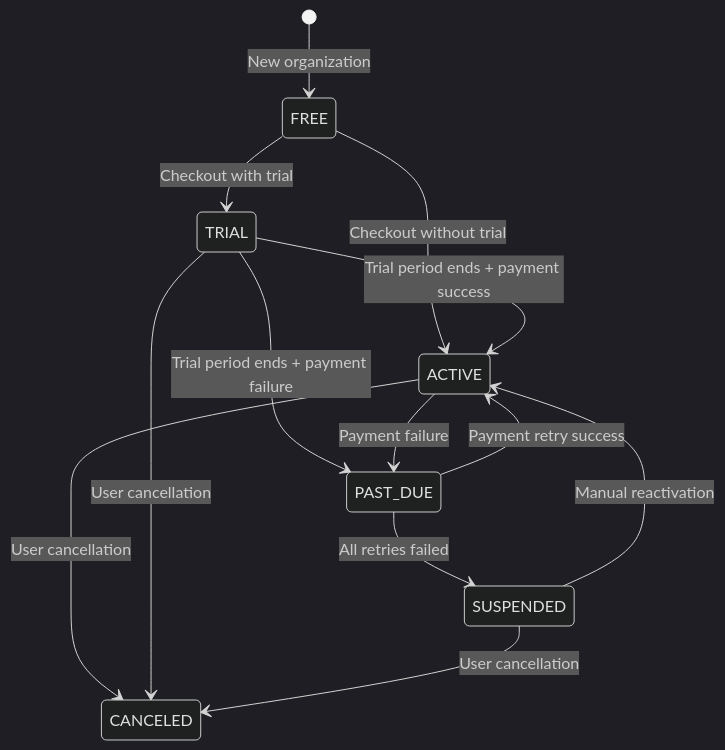
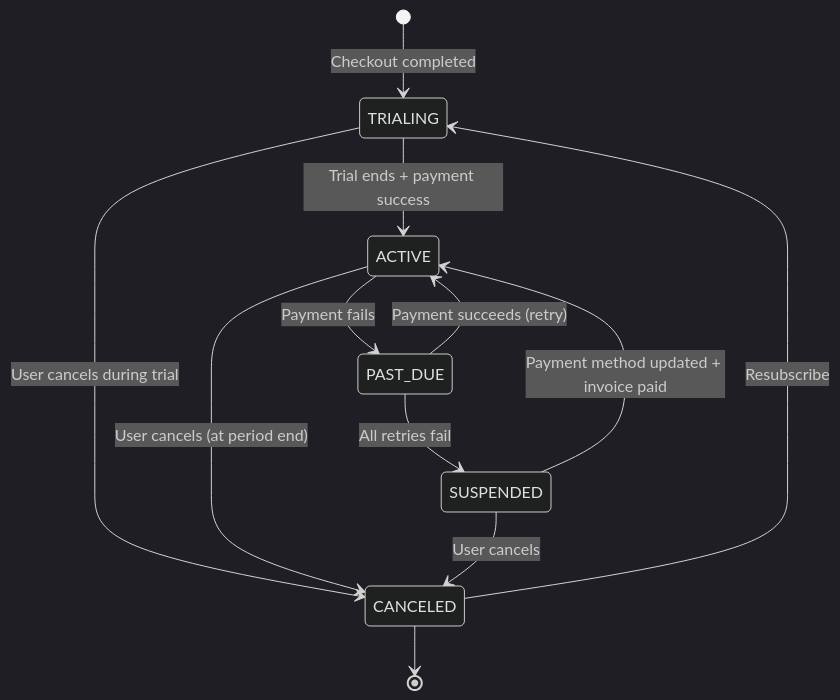
The second of 2 diagrams in backend/subscription/subscription-module-specification-active.mdx (tech-propwise-org/docs), drawn with Mermaid (dark theme) before and after one commit. The commit also changed other lines of this file and 61 other files, not shown here.

````diff
--- a/backend/subscription/subscription-module-specification-active.mdx
+++ b/backend/subscription/subscription-module-specification-active.mdx
@@ -586,15 +1179,18 @@
 ```mermaid
 stateDiagram-v2
-    [*] --> FREE: New organization
-    FREE --> TRIAL: Checkout with trial
-    FREE --> ACTIVE: Checkout without trial
-    TRIAL --> ACTIVE: Trial period ends + payment success
-    TRIAL --> PAST_DUE: Trial period ends + payment failure
-    ACTIVE --> PAST_DUE: Payment failure
-    PAST_DUE --> ACTIVE: Payment retry success
-    PAST_DUE --> SUSPENDED: All retries failed
-    SUSPENDED --> ACTIVE: Manual reactivation
-    ACTIVE --> CANCELED: User cancellation
-    TRIAL --> CANCELED: User cancellation
-    SUSPENDED --> CANCELED: User cancellation
+    [*] --> TRIALING: Checkout completed
+    TRIALING --> ACTIVE: Trial ends + payment success
+    TRIALING --> CANCELED: User cancels during trial
+    
+    ACTIVE --> PAST_DUE: Payment fails
+    ACTIVE --> CANCELED: User cancels (at period end)
+    
+    PAST_DUE --> ACTIVE: Payment succeeds (retry)
+    PAST_DUE --> SUSPENDED: All retries fail
+    
+    SUSPENDED --> ACTIVE: Payment method updated + invoice paid
+    SUSPENDED --> CANCELED: User cancels
+    
+    CANCELED --> TRIALING: Resubscribe
+    CANCELED --> [*]
 ```
````
